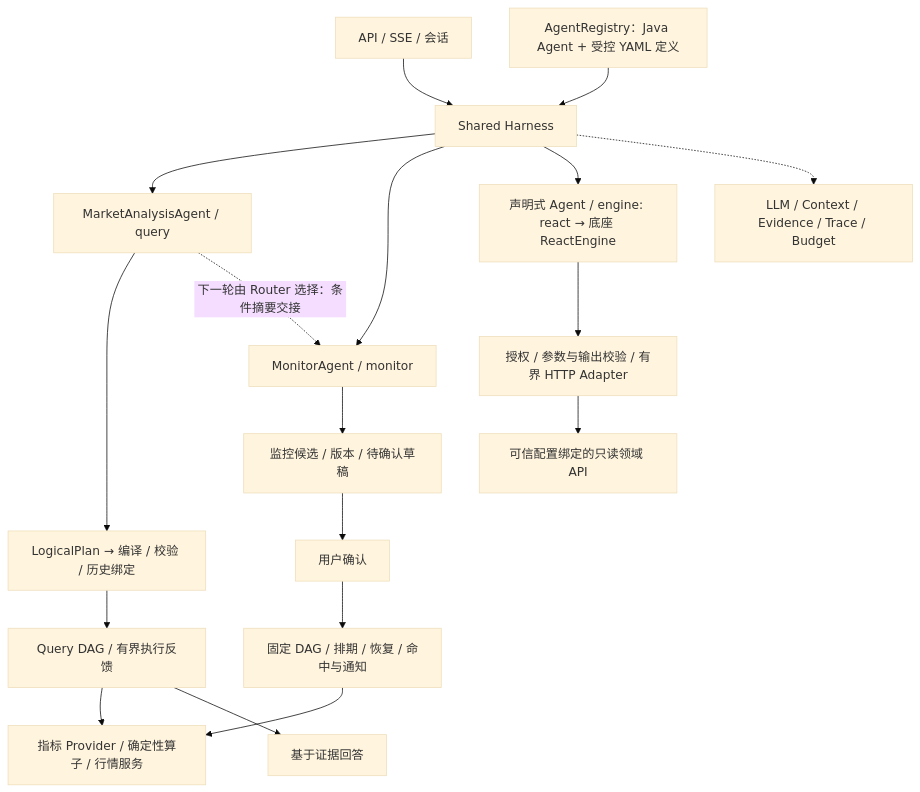
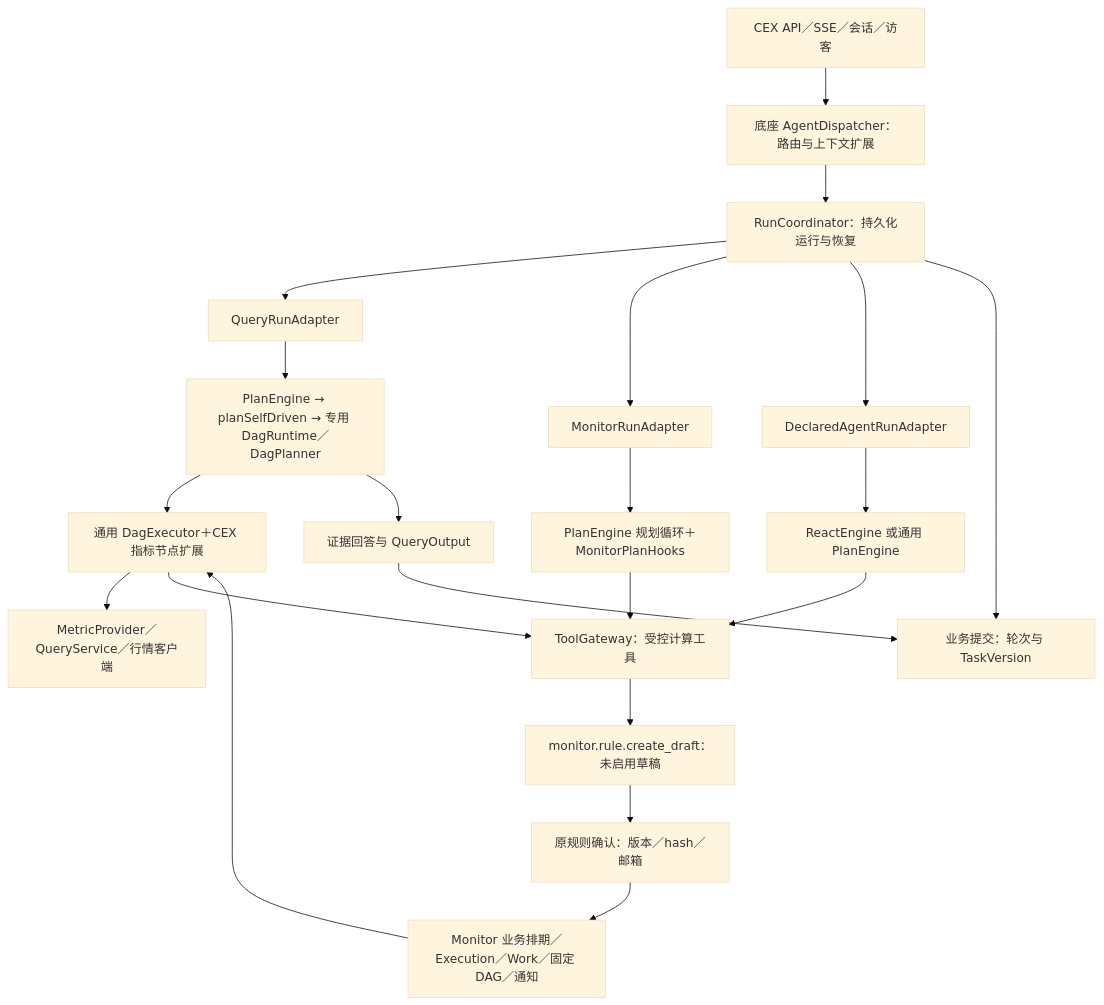
One commit to wztbbs/MarketPilot changed the diagram in docs/当前架构.md. Above: the diagram before and after it, drawn with Mermaid (base theme). The commit also changed other lines of this file and 1082 other files, not shown here.

````diff
--- a/docs/当前架构.md
+++ b/docs/当前架构.md
@@ -5,20 +7,23 @@
 ```mermaid
 flowchart TD
-    API[API / SSE / 会话] --> H[Shared Harness]
-    REG[AgentRegistry：Java Agent + 受控 YAML 定义] --> H
-    H --> Q[MarketAnalysisAgent / query]
-    H --> M[MonitorAgent / monitor]
-    H --> X[声明式 Agent / engine: react → 底座 ReactEngine]
-    Q --> P[LogicalPlan → 编译 / 校验 / 历史绑定]
-    Q -. 下一轮由 Router 选择：条件摘要交接 .-> M
-    P --> DAG[Query DAG / 有界执行反馈]
-    DAG --> DOMAIN[指标 Provider / 确定性算子 / 行情服务]
-    DAG --> ANSWER[基于证据回答]
-    M --> DRAFT[监控候选 / 版本 / 待确认草稿]
-    DRAFT --> CONFIRM[用户确认]
-    CONFIRM --> WORK[固定 DAG / 排期 / 恢复 / 命中与通知]
-    WORK --> DOMAIN
-    X --> HTTP[授权 / 参数与输出校验 / 有界 HTTP Adapter]
-    HTTP --> SERVICE[可信配置绑定的只读领域 API]
-    H -.-> SHARED[LLM / Context / Evidence / Trace / Budget]
+    API[CEX API／SSE／会话／访客] --> D[底座 AgentDispatcher：路由与上下文扩展]
+    D --> RUN[RunCoordinator：持久化运行与恢复]
+    RUN --> Q[QueryRunAdapter]
+    RUN --> M[MonitorRunAdapter]
+    RUN --> DEC[DeclaredAgentRunAdapter]
+    Q --> QS[PlanEngine → planSelfDriven → 专用 DagRuntime／DagPlanner]
+    M --> MS[PlanEngine 规划循环＋MonitorPlanHooks]
+    DEC --> E[ReactEngine 或通用 PlanEngine]
+    QS --> DAG[通用 DagExecutor＋CEX 指标节点扩展]
+    DAG --> MD[MetricProvider／QueryService／行情客户端]
+    DAG --> G[ToolGateway：受控计算工具]
+    MS --> G
+    G --> DR[monitor.rule.create_draft：未启用草稿]
+    E --> G
+    DR --> C[原规则确认：版本／hash／邮箱]
+    C --> BG[Monitor 业务排期／Execution／Work／固定 DAG／通知]
+    BG --> DAG
+    QS --> RES[证据回答与 QueryOutput]
+    RES --> COM[业务提交：轮次与 TaskVersion]
+    RUN --> COM
 ```
````
